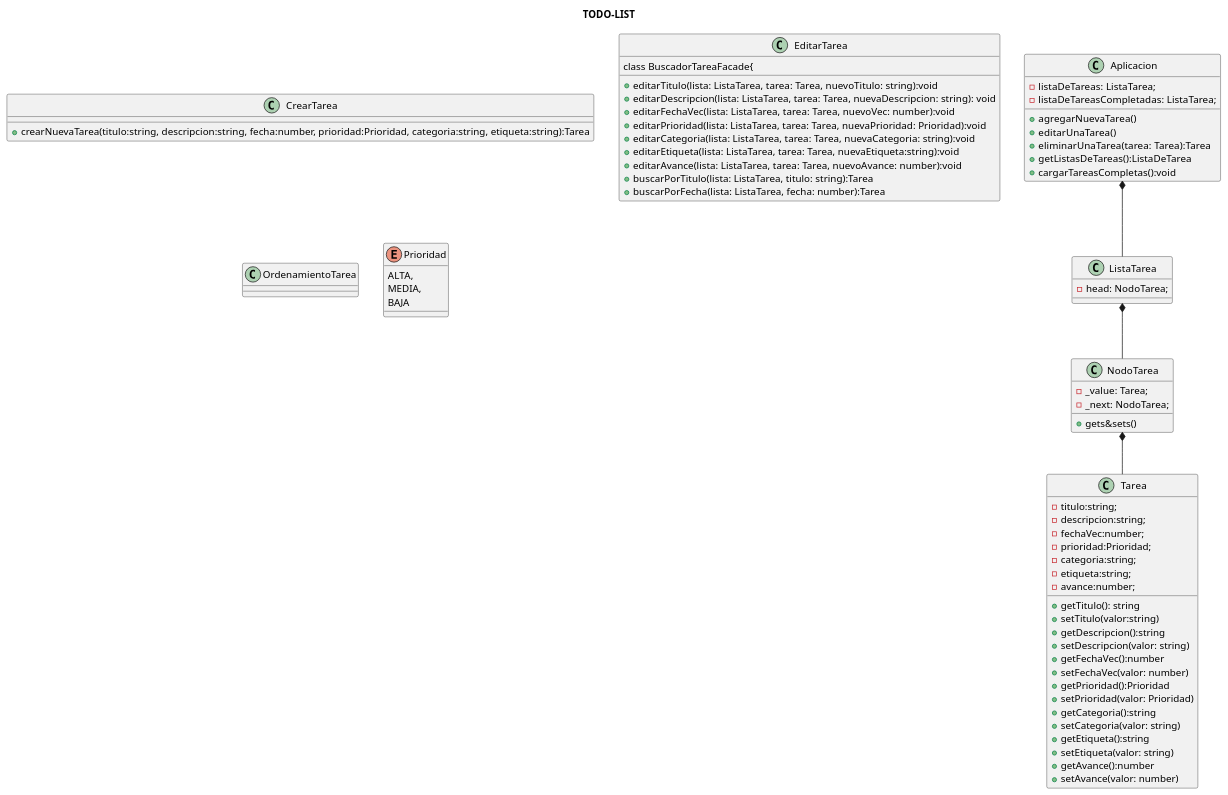
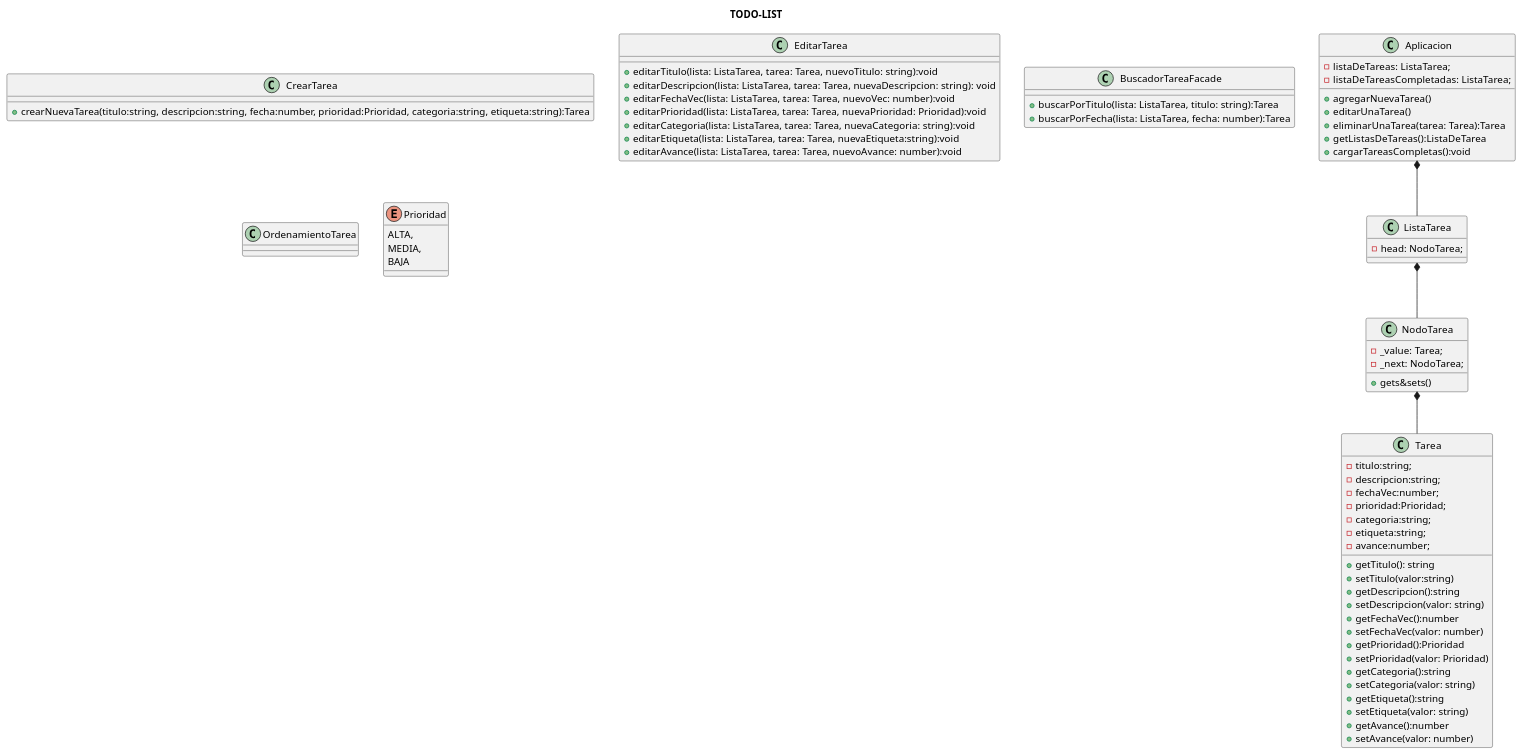
One commit to LucasFrey-tech/TODO-LIST changed the diagram in Diagram/Diagrama2.puml. Above: the diagram before and after it, drawn with PlantUML.

```diff
--- a/Diagram/Diagrama2.puml
+++ b/Diagram/Diagrama2.puml
@@ -1,89 +1,90 @@
 @startuml DiagramaClases
 
 title TODO-LIST
 
 class Aplicacion{
     - listaDeTareas: ListaTarea;
     - listaDeTareasCompletadas: ListaTarea;
     
     + agregarNuevaTarea()
     + editarUnaTarea()
     + eliminarUnaTarea(tarea: Tarea):Tarea
     + getListasDeTareas():ListaDeTarea
     + cargarTareasCompletas():void
 }
 
 class Tarea{
     - titulo:string;
     - descripcion:string;
     - fechaVec:number;
     - prioridad:Prioridad;
     - categoria:string;
     - etiqueta:string;
     - avance:number;
 
     + getTitulo(): string
     + setTitulo(valor:string)
     + getDescripcion():string
     + setDescripcion(valor: string)
     + getFechaVec():number
     + setFechaVec(valor: number)
     + getPrioridad():Prioridad
     + setPrioridad(valor: Prioridad)
     + getCategoria():string
     + setCategoria(valor: string)
     + getEtiqueta():string
     + setEtiqueta(valor: string)
     + getAvance():number
     + setAvance(valor: number)
 }
 
 class NodoTarea{
     - _value: Tarea;
     - _next: NodoTarea;
 
     + gets&sets()
 }
 
 class ListaTarea{
     - head: NodoTarea;
 }
 
 class CrearTarea{
     + crearNuevaTarea(titulo:string, descripcion:string, fecha:number, prioridad:Prioridad, categoria:string, etiqueta:string):Tarea
 }
 
 class EditarTarea{
     + editarTitulo(lista: ListaTarea, tarea: Tarea, nuevoTitulo: string):void
     + editarDescripcion(lista: ListaTarea, tarea: Tarea, nuevaDescripcion: string): void
     + editarFechaVec(lista: ListaTarea, tarea: Tarea, nuevoVec: number):void
     + editarPrioridad(lista: ListaTarea, tarea: Tarea, nuevaPrioridad: Prioridad):void
     + editarCategoria(lista: ListaTarea, tarea: Tarea, nuevaCategoria: string):void
     + editarEtiqueta(lista: ListaTarea, tarea: Tarea, nuevaEtiqueta:string):void
     + editarAvance(lista: ListaTarea, tarea: Tarea, nuevoAvance: number):void
+}
 
 class BuscadorTareaFacade{
     + buscarPorTitulo(lista: ListaTarea, titulo: string):Tarea
     + buscarPorFecha(lista: ListaTarea, fecha: number):Tarea
 }
 
 
 class OrdenamientoTarea{
 
 }
 
 
 
 enum Prioridad{
     ALTA,
     MEDIA,
     BAJA
 }
 
 'relaciones
 Aplicacion *-- ListaTarea
 
 ListaTarea *-- NodoTarea
 NodoTarea *-- Tarea
 
 @enduml
```
